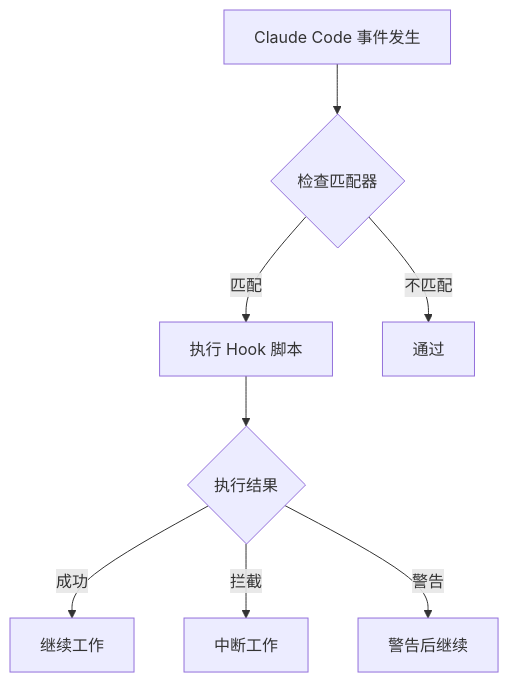
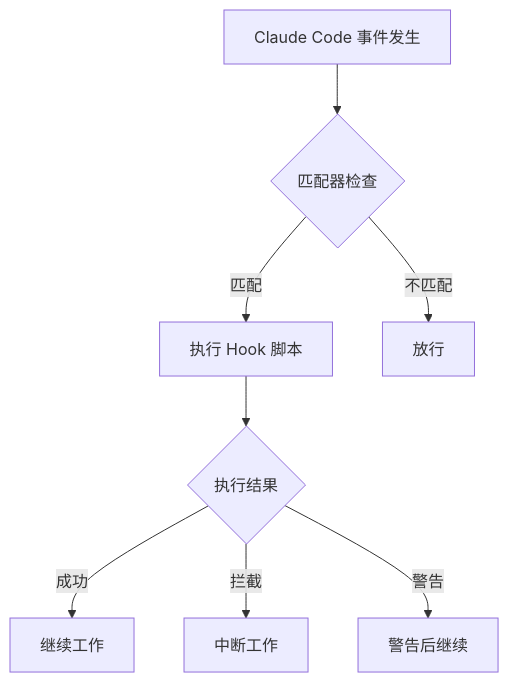
Before and after one commit to modu-ai/moai-adk: the first of 2 diagrams in docs-site/content/zh/advanced/hooks-guide.md, drawn with Mermaid. The commit also changed other lines of this file and 180 other files, not shown here.

````diff
--- a/docs-site/content/zh/advanced/hooks-guide.md
+++ b/docs-site/content/zh/advanced/hooks-guide.md
@@ -19,12 +19,12 @@
 ```mermaid
 flowchart TD
-    EVENT["Claude Code 事件发生"] --> MATCH{检查匹配器}
+    EVENT["Claude Code 事件发生"] --> MATCH{匹配器检查}
 
     MATCH -->|匹配| HOOK["执行 Hook 脚本"]
-    MATCH -->|不匹配| SKIP["通过"]
+    MATCH -->|不匹配| SKIP["放行"]
 
     HOOK --> RESULT{执行结果}
     RESULT -->|成功| CONTINUE["继续工作"]
     RESULT -->|拦截| BLOCK["中断工作"]
     RESULT -->|警告| WARN["警告后继续"]
 ```
````
